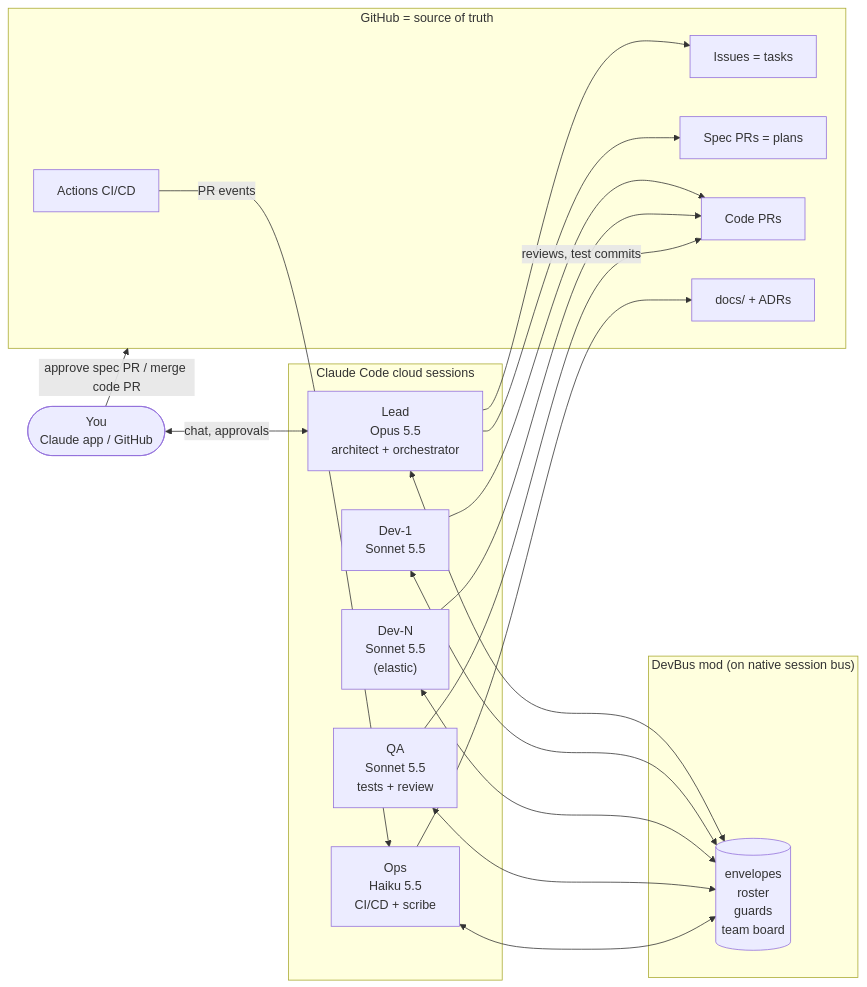
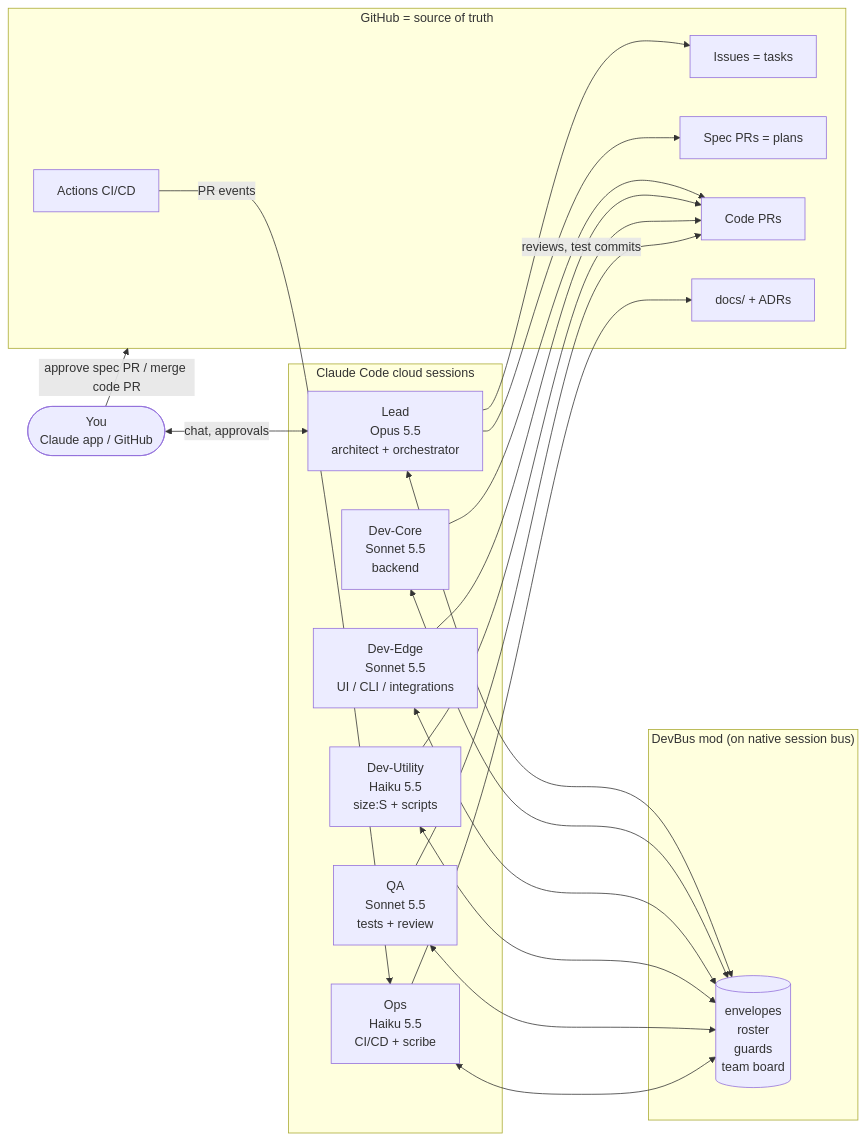
Before and after one commit to ghazamu/mycode: the first of 2 diagrams in docs/sdlc/DESIGN.md, drawn with Mermaid. The commit also changed other lines of this file and 5 other files, not shown here.

First line of the commit message:
Split dev role into Core, Edge and Utility lanes

````diff
--- a/docs/sdlc/DESIGN.md
+++ b/docs/sdlc/DESIGN.md
@@ -64,37 +89,39 @@
 ```mermaid
 flowchart LR
     U([You<br/>Claude app / GitHub])
 
     subgraph Cloud["Claude Code cloud sessions"]
         L["Lead<br/>Opus 5.5<br/>architect + orchestrator"]
-        D1["Dev-1<br/>Sonnet 5.5"]
-        D2["Dev-N<br/>Sonnet 5.5<br/>(elastic)"]
+        D1["Dev-Core<br/>Sonnet 5.5<br/>backend"]
+        D2["Dev-Edge<br/>Sonnet 5.5<br/>UI / CLI / integrations"]
+        D3["Dev-Utility<br/>Haiku 5.5<br/>size:S + scripts"]
         Q["QA<br/>Sonnet 5.5<br/>tests + review"]
         O["Ops<br/>Haiku 5.5<br/>CI/CD + scribe"]
     end
 
     subgraph Bus["DevBus mod (on native session bus)"]
         B[(envelopes<br/>roster<br/>guards<br/>team board)]
     end
 
     subgraph GH["GitHub = source of truth"]
         I[Issues = tasks]
         S[Spec PRs = plans]
         P[Code PRs]
         CI[Actions CI/CD]
         DOC[docs/ + ADRs]
     end
 
     U <-->|chat, approvals| L
     U -->|approve spec PR / merge code PR| GH
     L <--> B
     D1 <--> B
     D2 <--> B
+    D3 <--> B
     Q <--> B
     O <--> B
     L --> I & S
-    D1 & D2 --> P
+    D1 & D2 & D3 --> P
     Q -->|reviews, test commits| P
     CI -->|PR events| O
     O --> DOC
 ```
````
